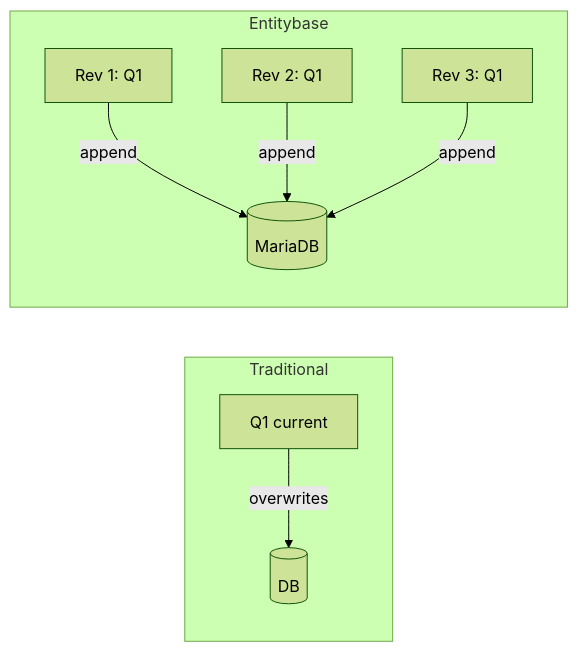
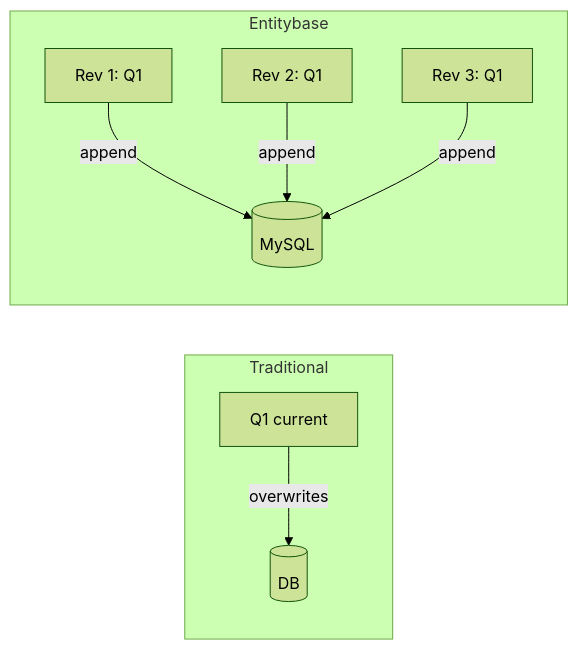
One commit to Entitybasedev/entitybase-monorepo changed the diagram in docs/features/IMMUTABLE-REVISIONS.md. Above: the diagram before and after it, drawn with Mermaid (forest theme). The commit also changed other lines of this file and 21 other files, not shown here.

````diff
--- a/docs/features/IMMUTABLE-REVISIONS.md
+++ b/docs/features/IMMUTABLE-REVISIONS.md
@@ -34,11 +34,11 @@
 ```mermaid
 graph LR
     subgraph Traditional
         A[Q1 current] -->|overwrites| B[(DB)]
     end
     subgraph Entitybase
-        C[Rev 1: Q1] -->|append| D[(MariaDB)]
+        C[Rev 1: Q1] -->|append| D[(MySQL)]
         E[Rev 2: Q1] -->|append| D
         F[Rev 3: Q1] -->|append| D
     end
 ```
````
